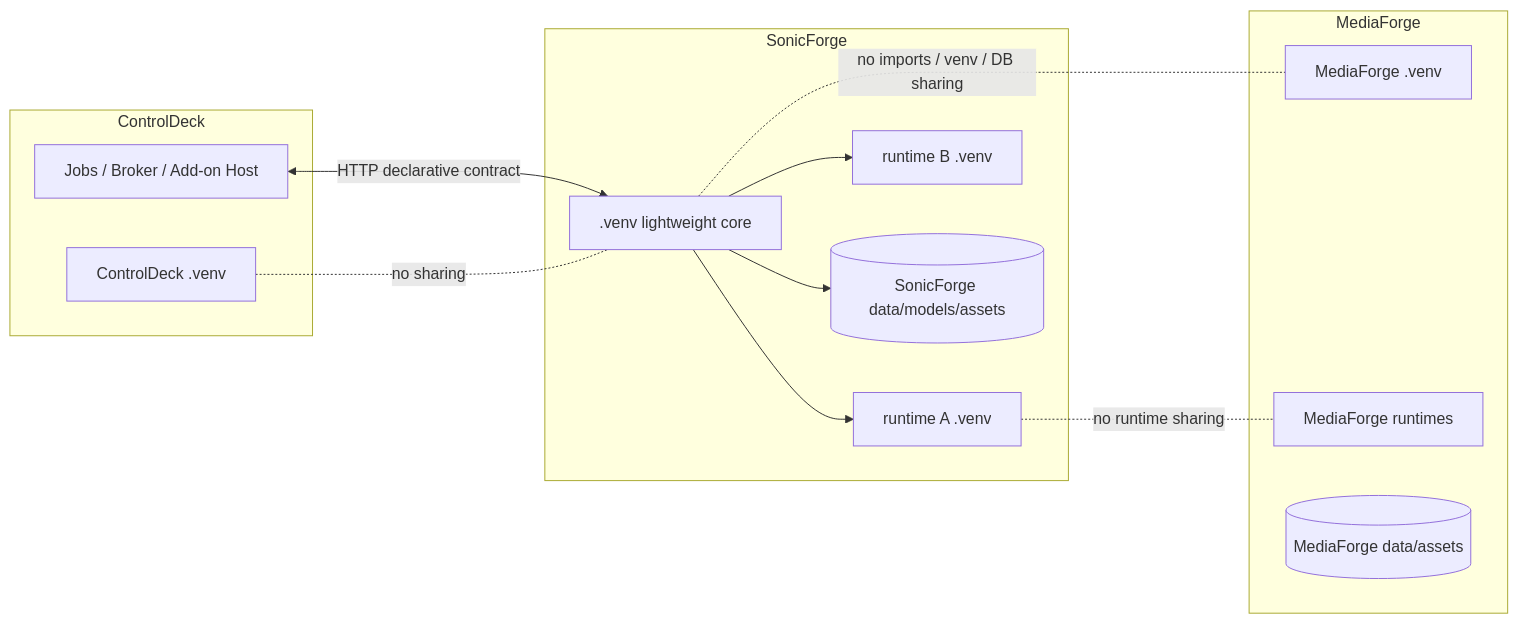
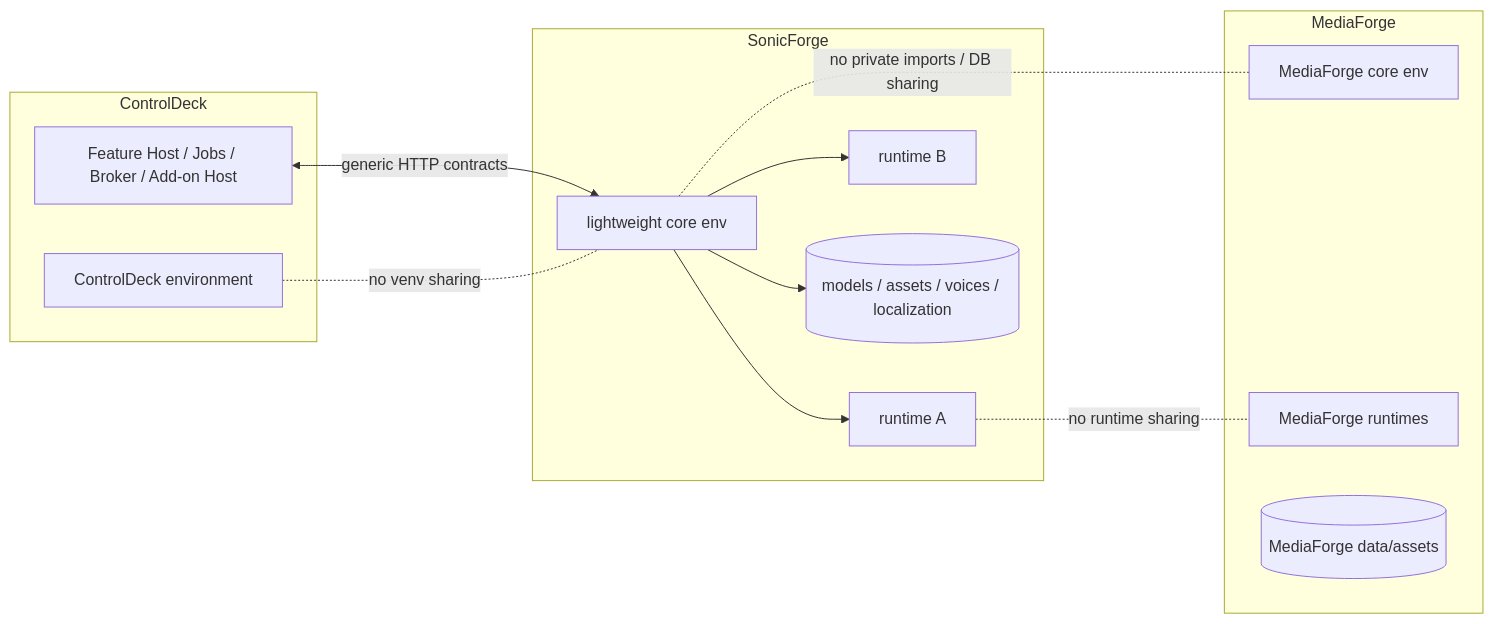
Before and after one commit to souten-yd/ControlDeckSonicForge: the third of 13 diagrams in docs/12-architecture-diagrams.md, drawn with Mermaid. The commit also changed other lines of this file, not shown here.

Commit message:
docs: align diagrams with signed bilingual setup

````diff
--- a/docs/12-architecture-diagrams.md
+++ b/docs/12-architecture-diagrams.md
@@ -39,29 +59,29 @@
 ```mermaid
 flowchart LR
     subgraph C[ControlDeck]
-      CV[ControlDeck .venv]
-      CJ[Jobs / Broker / Add-on Host]
+      CV[ControlDeck environment]
+      CJ[Feature Host / Jobs / Broker / Add-on Host]
     end
 
     subgraph S[SonicForge]
-      SC[.venv lightweight core]
-      SR1[runtime A .venv]
-      SR2[runtime B .venv]
-      SD[(SonicForge data/models/assets)]
+      SC[lightweight core env]
+      SR1[runtime A]
+      SR2[runtime B]
+      SD[(models / assets / voices / localization)]
     end
 
     subgraph M[MediaForge]
-      MC[MediaForge .venv]
+      MC[MediaForge core env]
       MR[MediaForge runtimes]
       MD[(MediaForge data/assets)]
     end
 
-    CJ <-->|HTTP declarative contract| SC
+    CJ <-->|generic HTTP contracts| SC
     SC --> SR1
     SC --> SR2
     SC --> SD
 
-    CV -. no sharing .- SC
-    SC -. no imports / venv / DB sharing .- MC
+    CV -. no venv sharing .- SC
+    SC -. no private imports / DB sharing .- MC
     SR1 -. no runtime sharing .- MR
 ```
````
